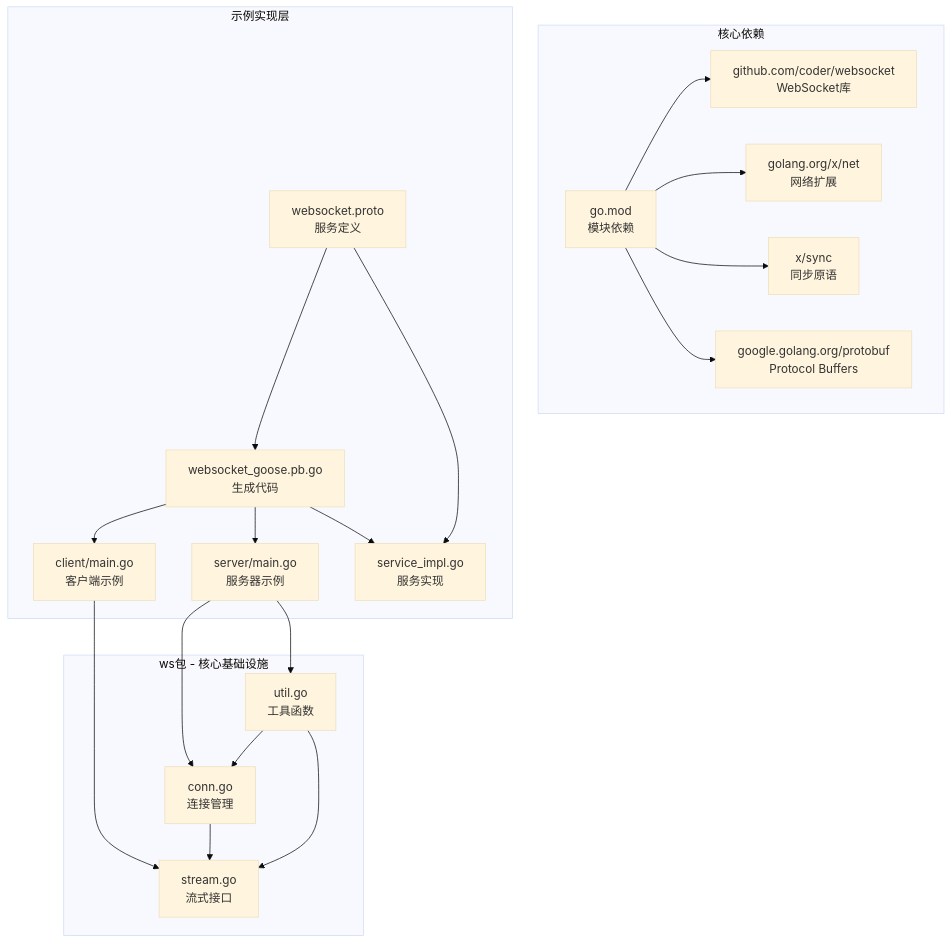
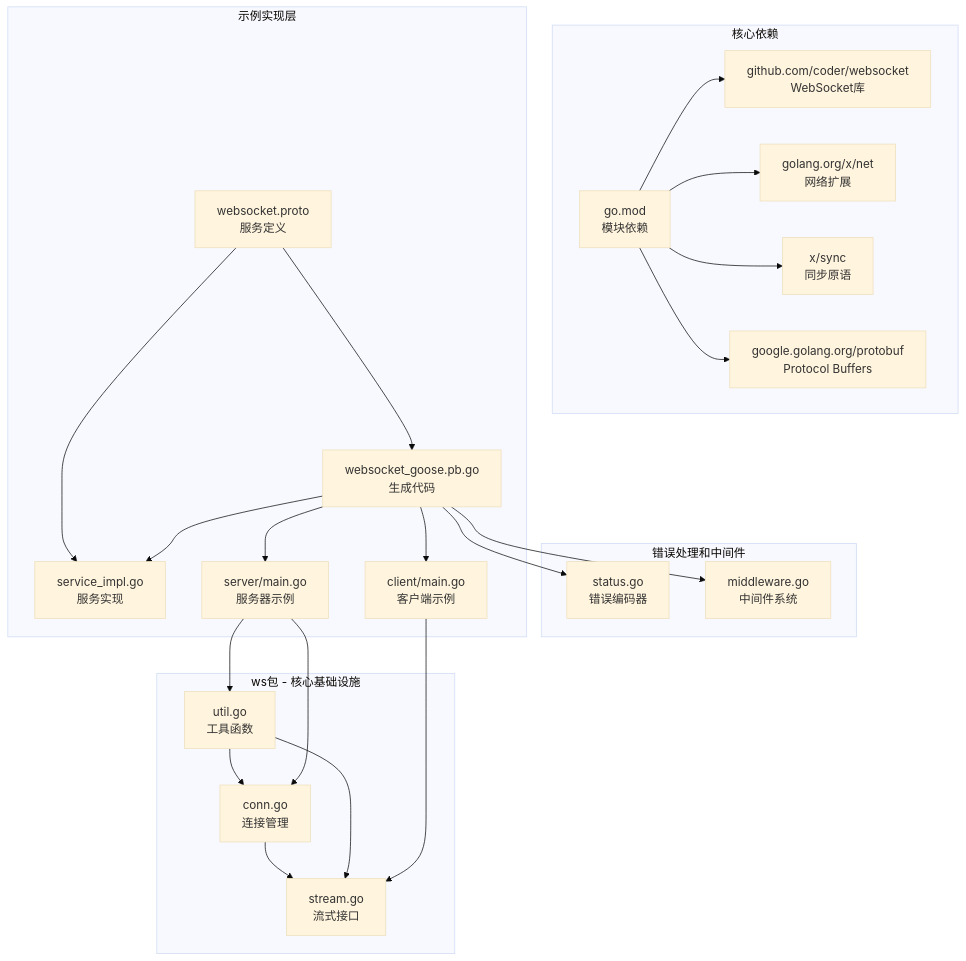
Diagram 19 of 19 in .agents/repowiki/zh/content/示例和最佳实践/WebSocket流式系统.md (soyacen/goose), drawn with Mermaid (base theme) before and after one commit. The commit also changed other lines of this file and 6 other files, not shown here.

````diff
--- a/.agents/repowiki/zh/content/示例和最佳实践/WebSocket流式系统.md
+++ b/.agents/repowiki/zh/content/示例和最佳实践/WebSocket流式系统.md
@@ -529,37 +679,43 @@
 ```mermaid
 graph TB
 subgraph "核心依赖"
 GoMod[go.mod<br/>模块依赖]
 WS[github.com/coder/websocket<br/>WebSocket库]
 NetHTTP[golang.org/x/net<br/>网络扩展]
 Sync[x/sync<br/>同步原语]
 Protobuf[google.golang.org/protobuf<br/>Protocol Buffers]
 end
 subgraph "ws包 - 核心基础设施"
 Conn[conn.go<br/>连接管理]
 Stream[stream.go<br/>流式接口]
 Util[util.go<br/>工具函数]
+end
+subgraph "错误处理和中间件"
+Status[status.go<br/>错误编码器]
+ServerMW[middleware.go<br/>中间件系统]
 end
 subgraph "示例实现层"
 Proto[websocket.proto<br/>服务定义]
 ServiceImpl[service_impl.go<br/>服务实现]
 ClientMain[client/main.go<br/>客户端示例]
 ServerMain[server/main.go<br/>服务器示例]
 Generated[websocket_goose.pb.go<br/>生成代码]
 end
 GoMod --> WS
 GoMod --> NetHTTP
 GoMod --> Sync
 GoMod --> Protobuf
 Conn --> Stream
 Util --> Conn
 Util --> Stream
 Proto --> Generated
 Proto --> ServiceImpl
 Generated --> ClientMain
 Generated --> ServerMain
 Generated --> ServiceImpl
 ClientMain --> Stream
 ServerMain --> Conn
 ServerMain --> Util
+Generated --> Status
+Generated --> ServerMW
 ```
````
